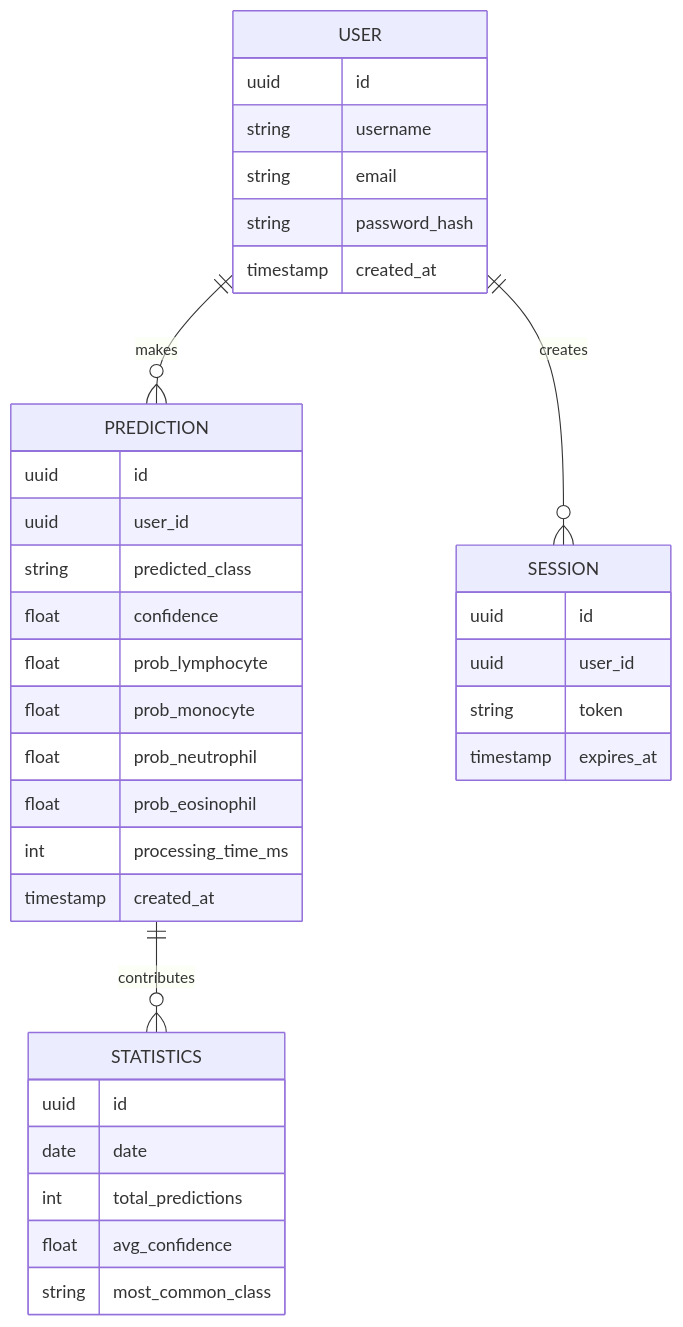
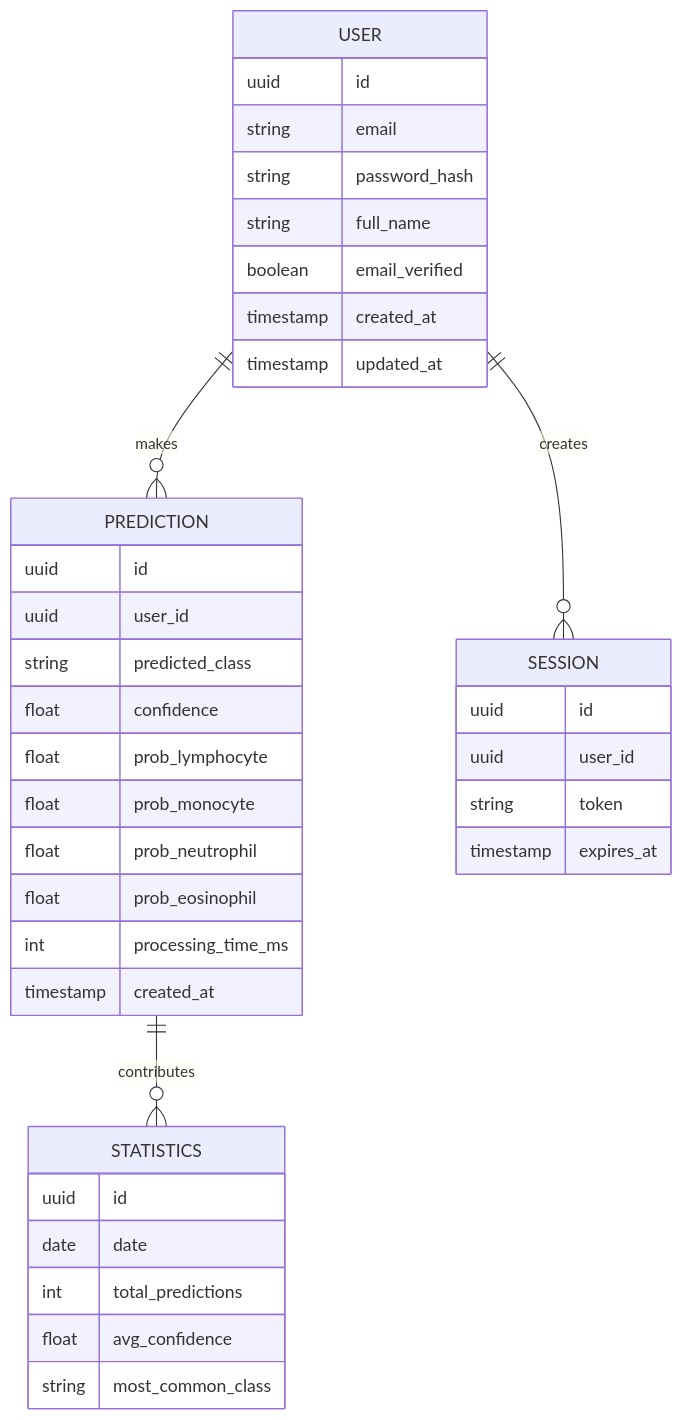
Before and after one commit to anudra/blood-cell-classifier: the seventh of 8 diagrams in ARCHITECTURE.md, drawn with Mermaid. The commit also changed other lines of this file and 24 other files, not shown here.

````diff
--- a/ARCHITECTURE.md
+++ b/ARCHITECTURE.md
@@ -136,42 +159,44 @@
 ```mermaid
 erDiagram
     USER ||--o{ PREDICTION : makes
     USER ||--o{ SESSION : creates
     PREDICTION ||--o{ STATISTICS : contributes
     
     USER {
         uuid id
-        string username
         string email
         string password_hash
+        string full_name
+        boolean email_verified
         timestamp created_at
+        timestamp updated_at
     }
     
     PREDICTION {
         uuid id
         uuid user_id
         string predicted_class
         float confidence
         float prob_lymphocyte
         float prob_monocyte
         float prob_neutrophil
         float prob_eosinophil
         int processing_time_ms
         timestamp created_at
     }
     
     SESSION {
         uuid id
         uuid user_id
         string token
         timestamp expires_at
     }
     
     STATISTICS {
         uuid id
         date date
         int total_predictions
         float avg_confidence
         string most_common_class
     }
 ```
````
